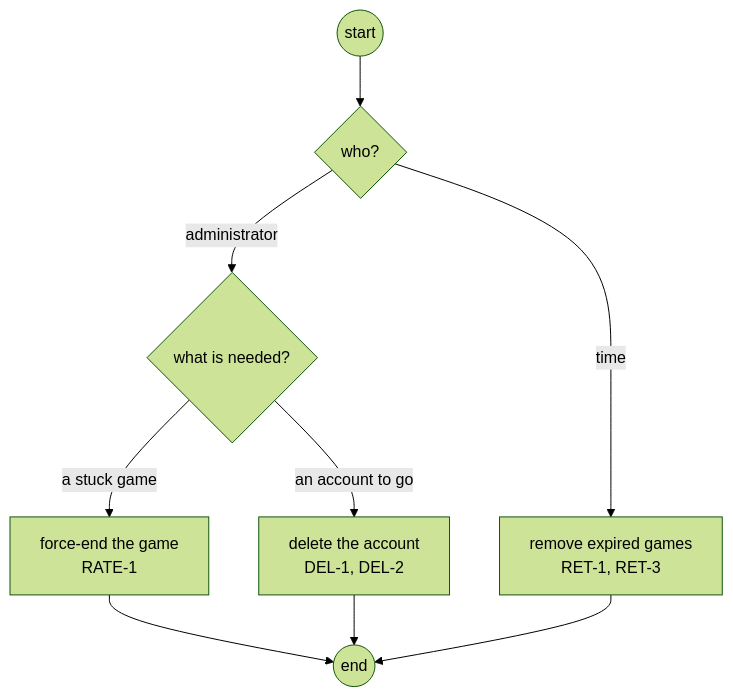
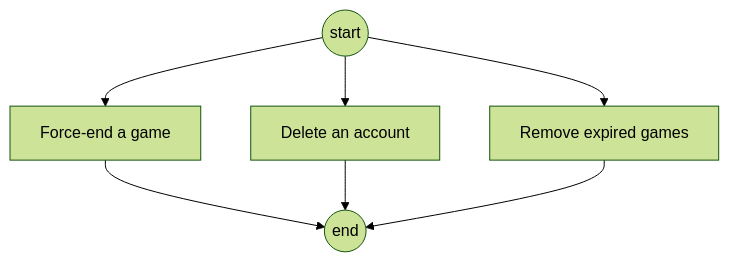
Before and after one commit to delphside/programme: diagram 24 of 29 in docs/changes/workstreams/application-game-architecture/71-one-game-model/71-functional.md, drawn with Mermaid (forest theme). The commit also changed other lines of this file, not shown here.

````diff
--- a/docs/changes/workstreams/application-game-architecture/71-one-game-model/71-functional.md
+++ b/docs/changes/workstreams/application-game-architecture/71-one-game-model/71-functional.md
@@ -465,11 +446,9 @@
 ```mermaid
 flowchart TD
-  s0((start)) --> d0{"who?"}
-  d0 -- administrator --> d1{"what is needed?"}
-  d1 -- "a stuck game" --> a1["force-end the game<br/>RATE-1"]
-  d1 -- "an account to go" --> a2["delete the account<br/>DEL-1, DEL-2"]
-  d0 -- time --> a3["remove expired games<br/>RET-1, RET-3"]
+  s0((start)) --> a1["Force-end a game"]
+  s0 --> a2["Delete an account"]
+  s0 --> a3["Remove expired games"]
   a1 --> e0((end))
   a2 --> e0
   a3 --> e0
 ```
````
